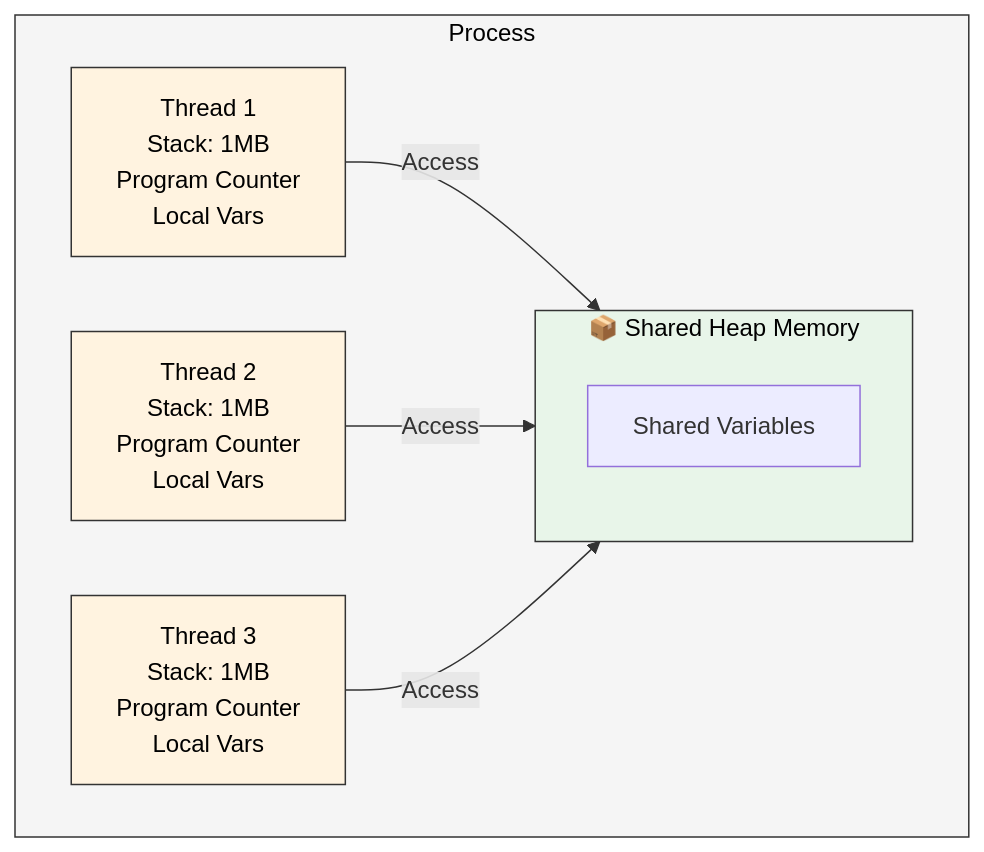
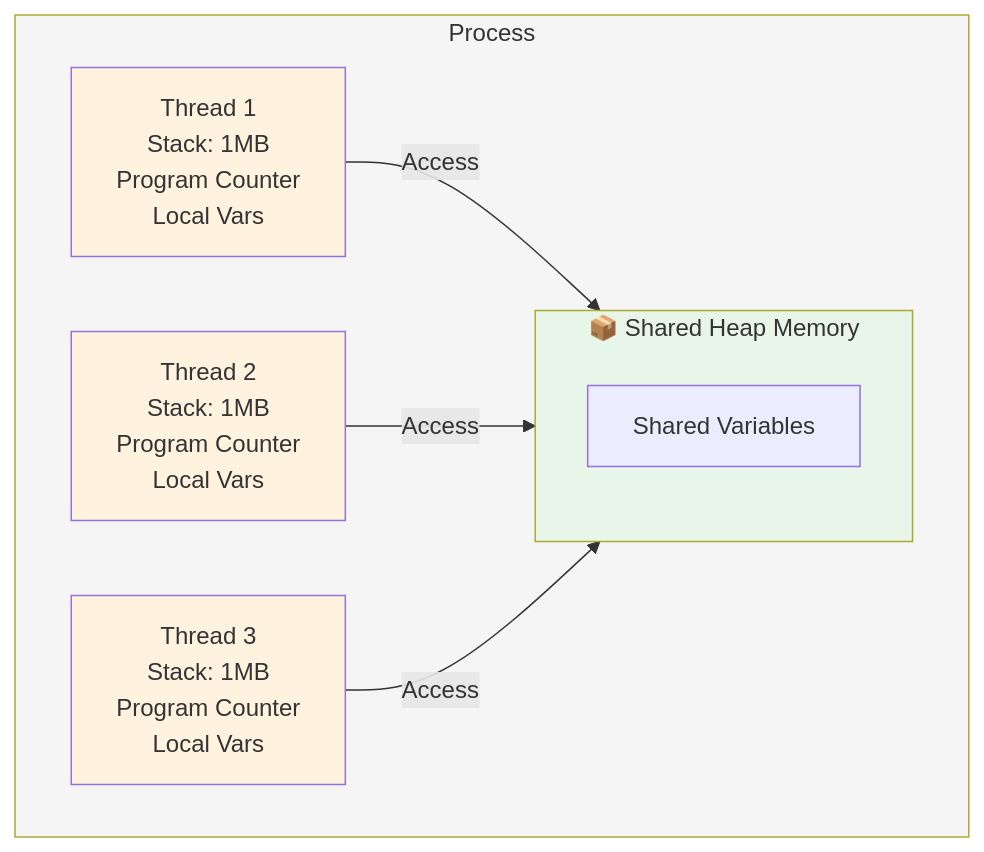
The second of 3 diagrams in docs/theory/01-foundations-concurrency.md (nitinkc/MultithreadingLearningHub), drawn with Mermaid before and after one commit. The commit also changed other lines of this file, not shown here.

````diff
--- a/docs/theory/01-foundations-concurrency.md
+++ b/docs/theory/01-foundations-concurrency.md
@@ -121,20 +121,20 @@
 ```mermaid
 graph TB
     subgraph Process
         subgraph Heap ["📦 Shared Heap Memory"]
             V["Shared Variables"]
         end
         T1["Thread 1<br/>Stack: 1MB<br/>Program Counter<br/>Local Vars"]
         T2["Thread 2<br/>Stack: 1MB<br/>Program Counter<br/>Local Vars"]
         T3["Thread 3<br/>Stack: 1MB<br/>Program Counter<br/>Local Vars"]
         T1 -->|Access| Heap
         T2 -->|Access| Heap
         T3 -->|Access| Heap
     end
-    style Process fill:#f5f5f5,color:#000,stroke:#333
-    style Heap fill:#e8f5e9,color:#000,stroke:#333
-    style T1 fill:#fff3e0,color:#000,stroke:#333
-    style T2 fill:#fff3e0,color:#000,stroke:#333
-    style T3 fill:#fff3e0,color:#000,stroke:#333
-
+    
+    style Process fill:#f5f5f5
+    style Heap fill:#e8f5e9
+    style T1 fill:#fff3e0
+    style T2 fill:#fff3e0
+    style T3 fill:#fff3e0
 ```
````
